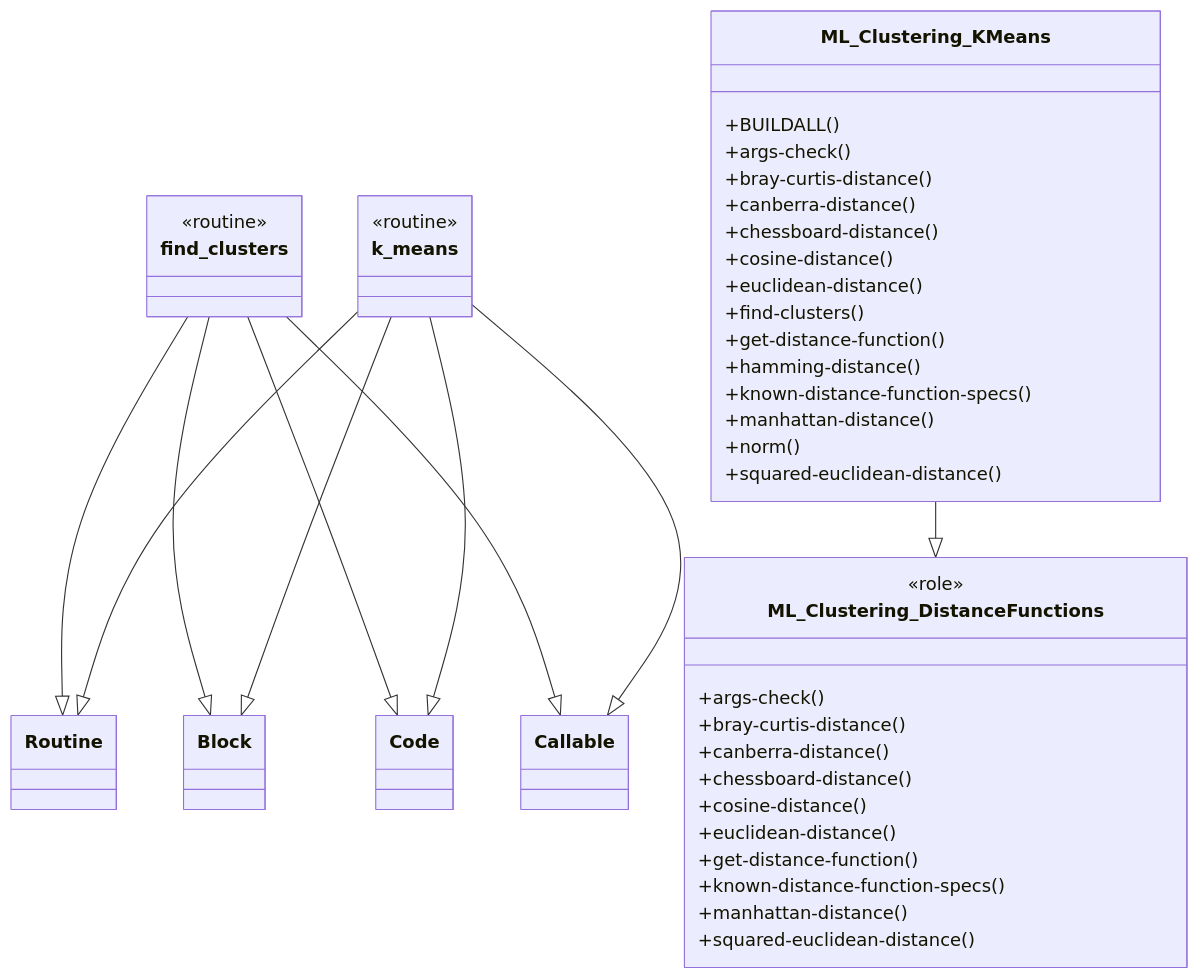
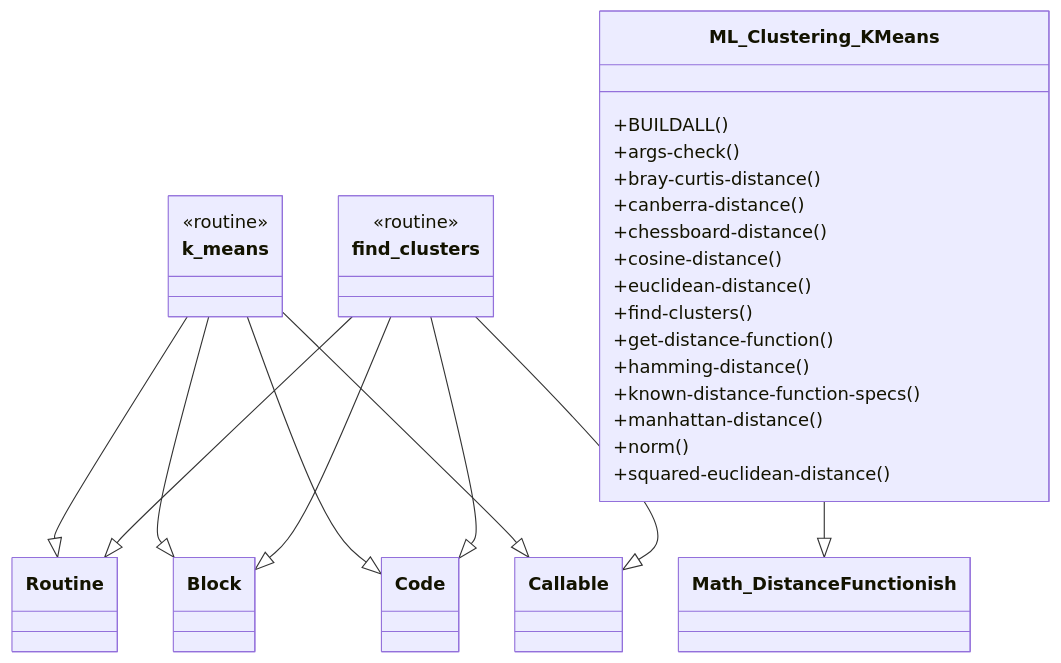
The diagram in README.md (antononcube/Raku-ML-Clustering), drawn with Mermaid before and after one commit. The commit also changed other lines of this file and 4 other files, not shown here.

Commit message:
refactor!:Factored out the distance functions role into "ML::DistanceFunctions".

````diff
--- a/README.md
+++ b/README.md
@@ -262,53 +265,38 @@
 ```mermaid
 classDiagram
+class k_means {
+  <<routine>>
+}
+k_means --|> Routine
+k_means --|> Block
+k_means --|> Code
+k_means --|> Callable
+
+
 class find_clusters {
   <<routine>>
 }
 find_clusters --|> Routine
 find_clusters --|> Block
 find_clusters --|> Code
 find_clusters --|> Callable
-
-
-class ML_Clustering_DistanceFunctions {
-  <<role>>
-  +args-check()
-  +bray-curtis-distance()
-  +canberra-distance()
-  +chessboard-distance()
-  +cosine-distance()
-  +euclidean-distance()
-  +get-distance-function()
-  +known-distance-function-specs()
-  +manhattan-distance()
-  +squared-euclidean-distance()
-}
-
-
-class k_means {
-  <<routine>>
-}
-k_means --|> Routine
-k_means --|> Block
-k_means --|> Code
-k_means --|> Callable
 
 
 class ML_Clustering_KMeans {
   +BUILDALL()
   +args-check()
   +bray-curtis-distance()
   +canberra-distance()
   +chessboard-distance()
   +cosine-distance()
   +euclidean-distance()
   +find-clusters()
   +get-distance-function()
   +hamming-distance()
   +known-distance-function-specs()
   +manhattan-distance()
   +norm()
   +squared-euclidean-distance()
 }
-ML_Clustering_KMeans --|> ML_Clustering_DistanceFunctions
+ML_Clustering_KMeans --|> Math_DistanceFunctionish
 ```
````
